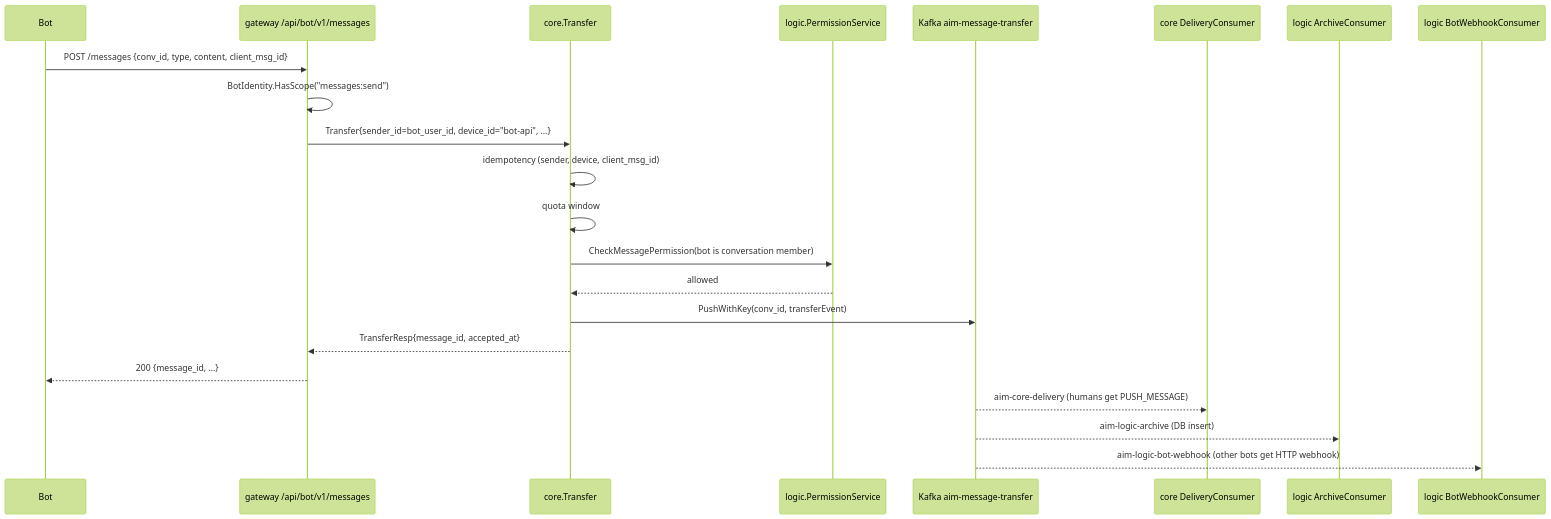
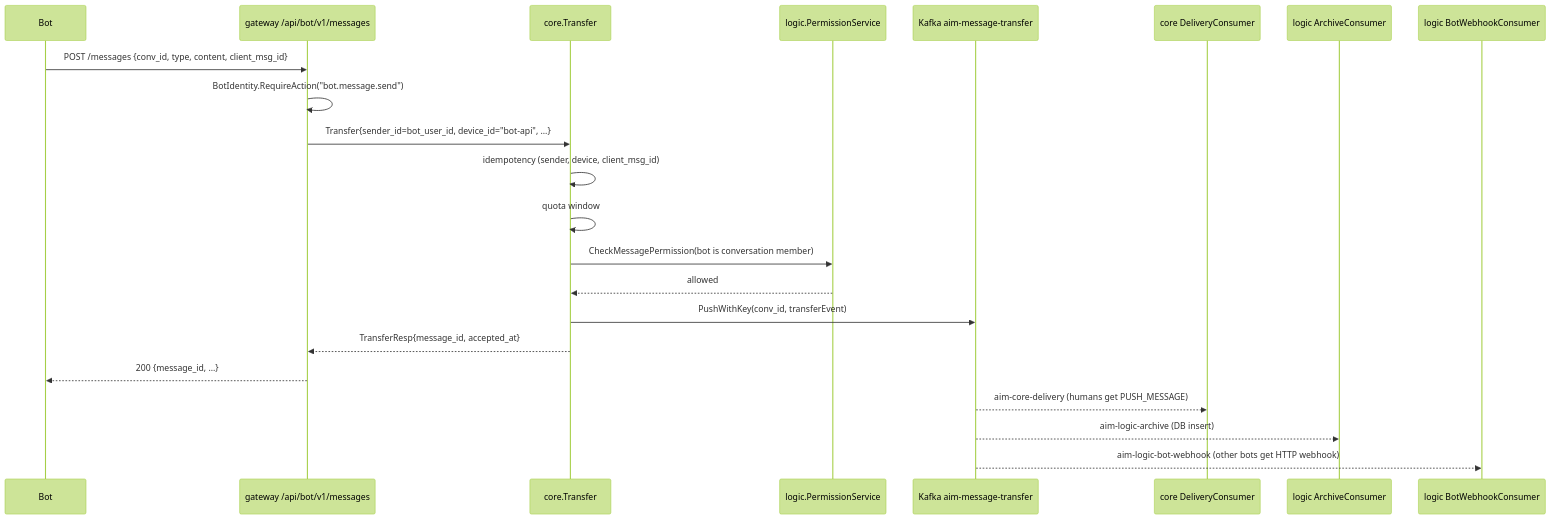
One commit to hellopoisonx/aim changed the third of 3 diagrams in skills/aim-bot-domain/references/architecture.md. Above: the diagram before and after it, drawn with Mermaid (forest theme). The commit also changed other lines of this file and 35 other files, not shown here.

Commit message:
feat: add bot action permissions

````diff
--- a/skills/aim-bot-domain/references/architecture.md
+++ b/skills/aim-bot-domain/references/architecture.md
@@ -63,26 +64,26 @@
 ```mermaid
 sequenceDiagram
   participant Bot
   participant GW as gateway /api/bot/v1/messages
   participant Core as core.Transfer
   participant LG as logic.PermissionService
   participant K as Kafka aim-message-transfer
   participant DC as core DeliveryConsumer
   participant AC as logic ArchiveConsumer
   participant BWC as logic BotWebhookConsumer
 
   Bot->>GW: POST /messages {conv_id, type, content, client_msg_id}
-  GW->>GW: BotIdentity.HasScope("messages:send")
+  GW->>GW: BotIdentity.RequireAction("bot.message.send")
   GW->>Core: Transfer{sender_id=bot_user_id, device_id="bot-api", ...}
   Core->>Core: idempotency (sender, device, client_msg_id)
   Core->>Core: quota window
   Core->>LG: CheckMessagePermission(bot is conversation member)
   LG-->>Core: allowed
   Core->>K: PushWithKey(conv_id, transferEvent)
   Core-->>GW: TransferResp{message_id, accepted_at}
   GW-->>Bot: 200 {message_id, ...}
 
   K-->>DC: aim-core-delivery (humans get PUSH_MESSAGE)
   K-->>AC: aim-logic-archive (DB insert)
   K-->>BWC: aim-logic-bot-webhook (other bots get HTTP webhook)
 ```
````
